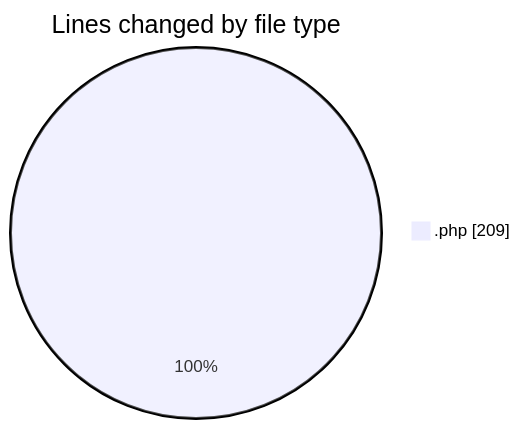
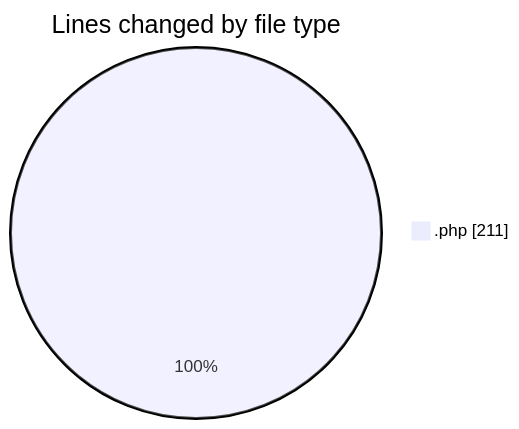
Before and after one commit to LanceThiago/code-tracking: the first of 2 diagrams in 2025-07-16/web/README.md, drawn with Mermaid. The commit also changed other lines of this file and 1 other file, not shown here.

````diff
--- a/2025-07-16/web/README.md
+++ b/2025-07-16/web/README.md
@@ -21,5 +21,5 @@
 ```mermaid
 pie showData
 title Lines changed by file type
-".php" : 209
+".php" : 211
 ```
````
